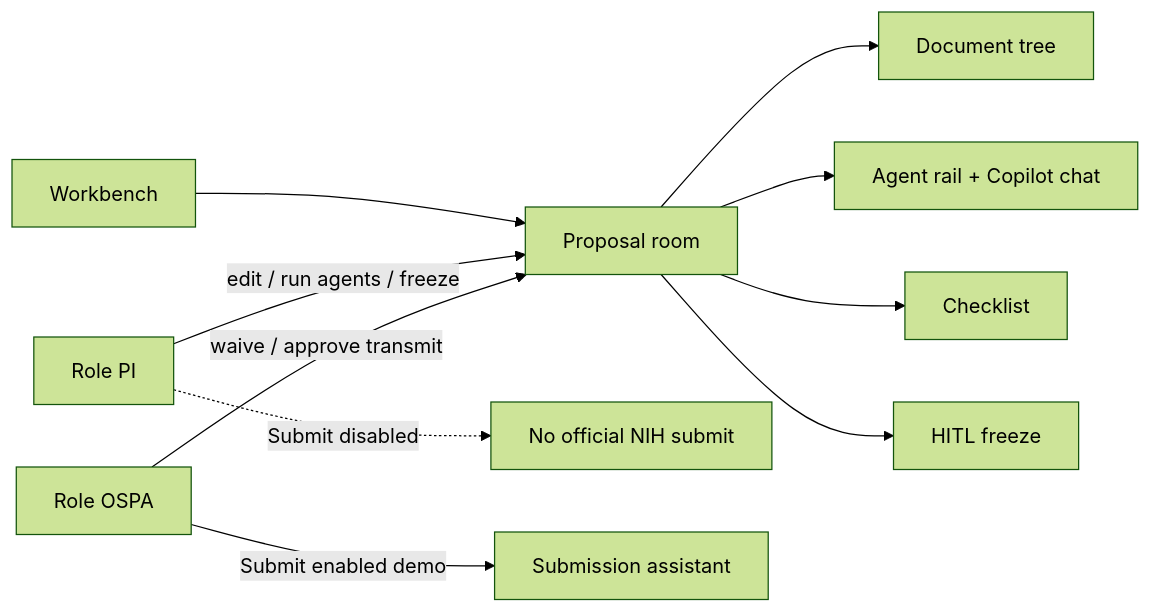
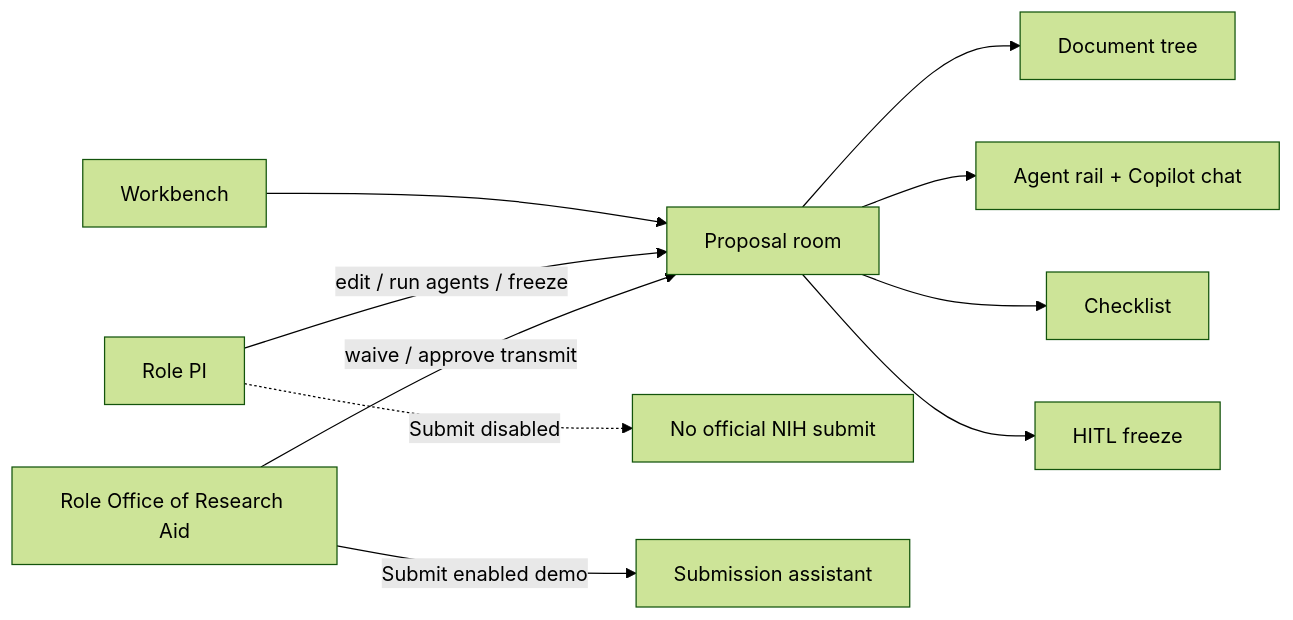
The fourth of 5 diagrams in docs/architecture.md (YPCC/grant-agent-lab), drawn with Mermaid (forest theme) before and after one commit. The commit also changed other lines of this file and 25 other files, not shown here.

First line of the commit message:
Replace OSPA naming with Office of Research Aid

````diff
--- a/docs/architecture.md
+++ b/docs/architecture.md
@@ -102,13 +102,13 @@
 ```mermaid
 flowchart LR
   WB[Workbench] --> ROOM[Proposal room]
   ROOM --> DOCS[Document tree]
   ROOM --> RAIL[Agent rail + Copilot chat]
   ROOM --> CL[Checklist]
   ROOM --> HITL[HITL freeze]
 
   PI[Role PI] -->|edit / run agents / freeze| ROOM
   PI -.->|Submit disabled| X[No official NIH submit]
-  OSPA[Role OSPA] -->|waive / approve transmit| ROOM
-  OSPA -->|Submit enabled demo| SA[Submission assistant]
+  ORA["Role Office of Research Aid"] -->|waive / approve transmit| ROOM
+  ORA -->|Submit enabled demo| SA[Submission assistant]
 ```
````
